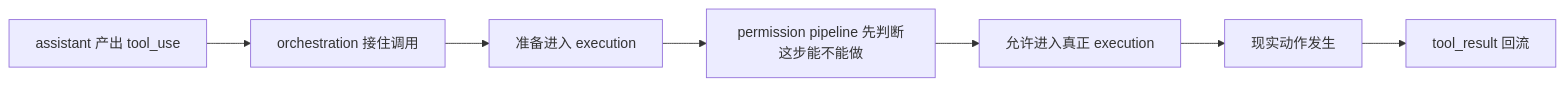
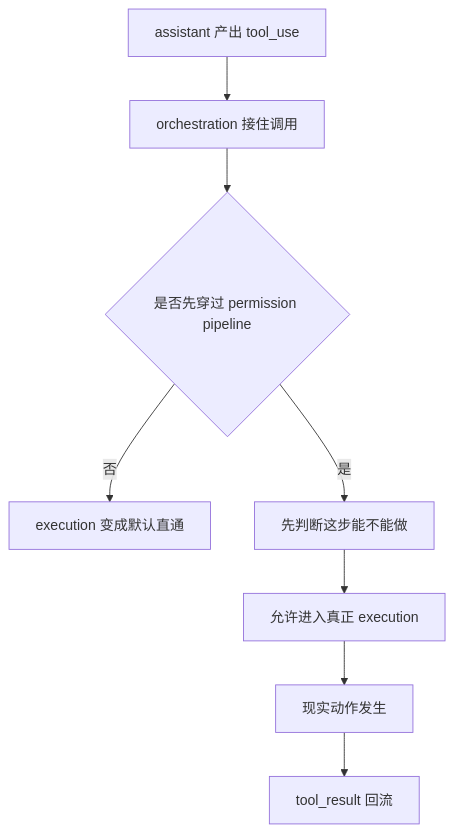
The first of 2 diagrams in docs/guidebookv2/volume-3/12-why-execution-layer-must-grow-a-permission-pipeline-first.md (T0UGH/claude-code-source-guide), drawn with Mermaid before and after one commit. The commit also changed 13 other files, not shown here.

Commit message:
tighten volume-3 diagrams and boundaries

````diff
--- a/docs/guidebookv2/volume-3/12-why-execution-layer-must-grow-a-permission-pipeline-first.md
+++ b/docs/guidebookv2/volume-3/12-why-execution-layer-must-grow-a-permission-pipeline-first.md
@@ -158,9 +158,10 @@
 ```mermaid
-flowchart LR
+flowchart TD
     A[assistant 产出 tool_use] --> B[orchestration 接住调用]
-    B --> C[准备进入 execution]
-    C --> D[permission pipeline 先判断这步能不能做]
-    D --> E[允许进入真正 execution]
-    E --> F[现实动作发生]
-    F --> G[tool_result 回流]
+    B --> C{是否先穿过 permission pipeline}
+    C -->|否| D[execution 变成默认直通]
+    C -->|是| E[先判断这步能不能做]
+    E --> F[允许进入真正 execution]
+    F --> G[现实动作发生]
+    G --> H[tool_result 回流]
 ```
````
